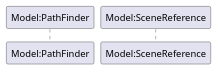
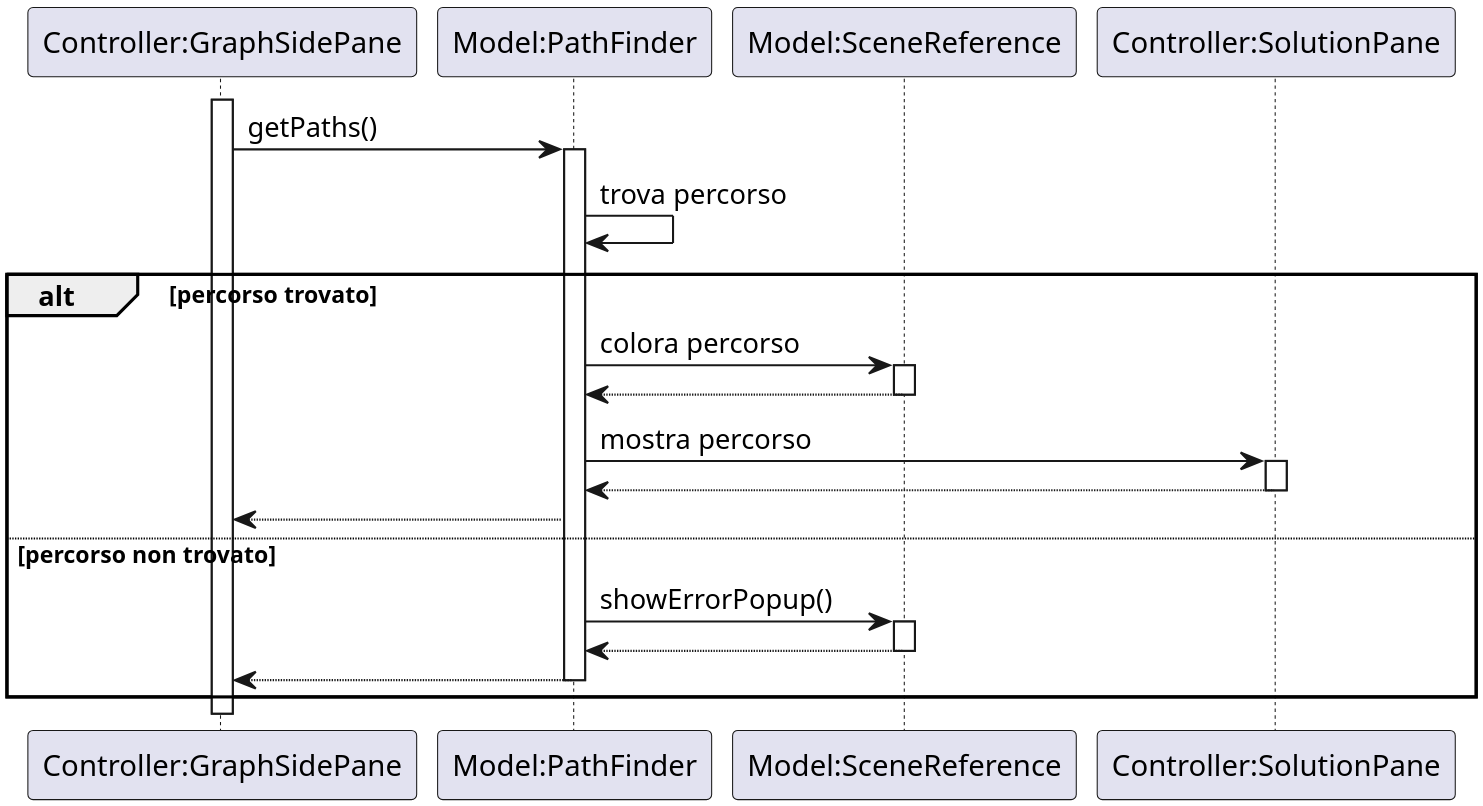
One commit to ZenoBogoni/Word-Automata changed the diagram in plantUML/Sequence diagrams/findPathSeq.puml. Above: the diagram before and after it, drawn with PlantUML. The commit also changed 74 other files, not shown here.

```diff
--- a/plantUML/Sequence diagrams/findPathSeq.puml
+++ b/plantUML/Sequence diagrams/findPathSeq.puml
@@ -1,4 +1,29 @@
 @startuml
+skinparam dpi 300
+participant "Controller:GraphSidePane" as GraphSidePane
 participant "Model:PathFinder" as PathFinder
 participant "Model:SceneReference" as SceneReference
+participant "Controller:SolutionPane" as SolutionPane
+activate GraphSidePane
+GraphSidePane -> PathFinder : getPaths()
+activate PathFinder
+PathFinder -> PathFinder : trova percorso
+alt percorso trovato
+PathFinder -> SceneReference : colora percorso
+activate SceneReference
+SceneReference --> PathFinder
+deactivate SceneReference
+PathFinder -> SolutionPane : mostra percorso
+activate SolutionPane
+SolutionPane --> PathFinder
+deactivate SolutionPane
+PathFinder --> GraphSidePane
+else percorso non trovato
+PathFinder -> SceneReference : showErrorPopup()
+activate SceneReference
+SceneReference --> PathFinder
+deactivate SceneReference
+PathFinder --> GraphSidePane
+deactivate PathFinder
+end
 @enduml
```
